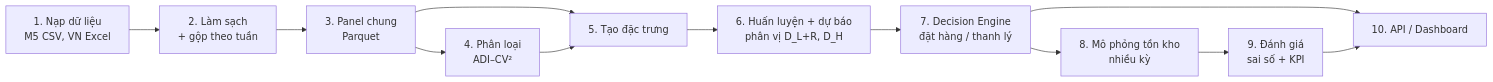
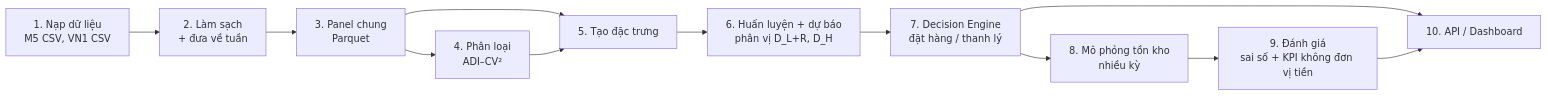
The diagram in 04_proposed_system/data_flow.md (NCKH-LongT/NCKH-DCD301), drawn with Mermaid before and after one commit. The commit also changed other lines of this file and 12 other files, not shown here.

````diff
--- a/04_proposed_system/data_flow.md
+++ b/04_proposed_system/data_flow.md
@@ -7,14 +7,14 @@
 ```mermaid
 flowchart LR
-    A[1. Nạp dữ liệu<br/>M5 CSV, VN Excel] --> B[2. Làm sạch<br/>+ gộp theo tuần]
+    A[1. Nạp dữ liệu<br/>M5 CSV, VN1 CSV] --> B[2. Làm sạch<br/>+ đưa về tuần]
     B --> C[3. Panel chung<br/>Parquet]
     C --> D[4. Phân loại<br/>ADI–CV²]
     C --> E[5. Tạo đặc trưng]
     D --> E
     E --> F[6. Huấn luyện + dự báo<br/>phân vị D_L+R, D_H]
     F --> G[7. Decision Engine<br/>đặt hàng / thanh lý]
     G --> H[8. Mô phỏng tồn kho<br/>nhiều kỳ]
-    H --> I[9. Đánh giá<br/>sai số + KPI]
+    H --> I[9. Đánh giá<br/>sai số + KPI không đơn vị tiền]
     G --> J[10. API / Dashboard]
     I --> J
 ```
````
